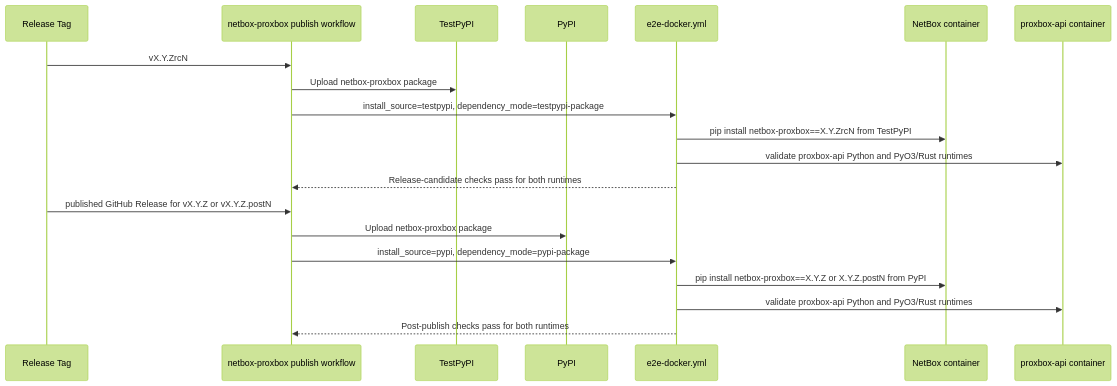
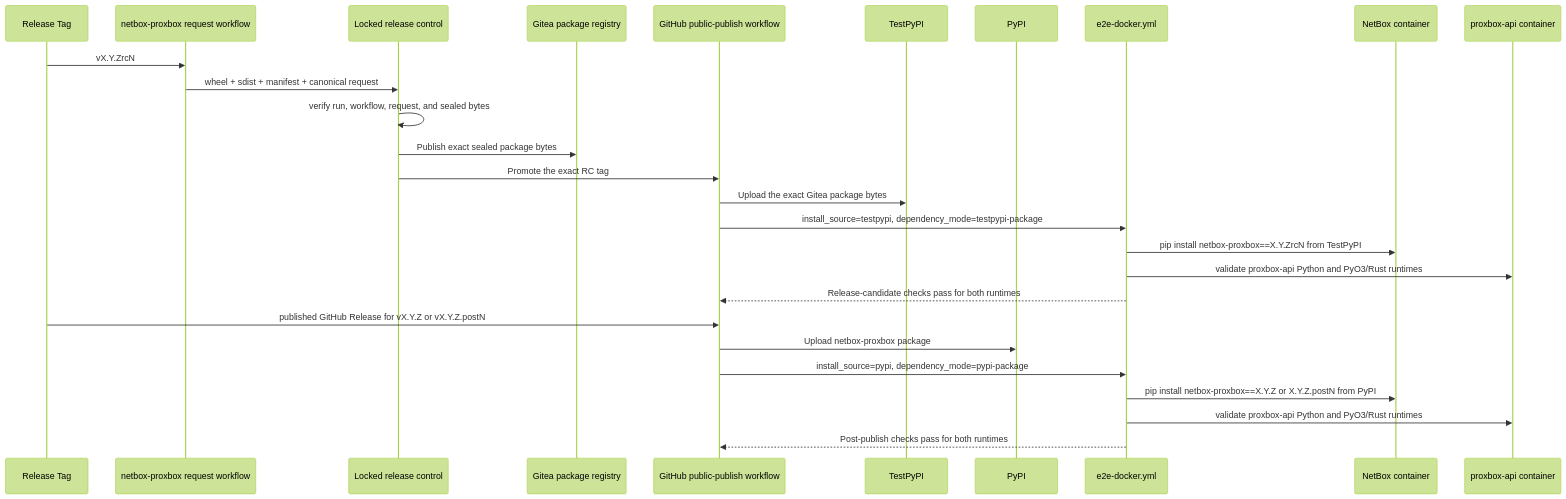
Before and after one commit to emersonfelipesp/netbox-proxbox: the second of 2 diagrams in docs/developer/release-publishing.md, drawn with Mermaid (forest theme). The commit also changed other lines of this file and 8 other files, not shown here.

Commit message:
Route release publication through locked control plane

````diff
--- a/docs/developer/release-publishing.md
+++ b/docs/developer/release-publishing.md
@@ -46,24 +47,31 @@
 ```mermaid
 sequenceDiagram
     participant Tag as Release Tag
-    participant WF as netbox-proxbox publish workflow
+    participant WF as netbox-proxbox request workflow
+    participant Control as Locked release control
+    participant GP as Gitea package registry
+    participant PublicWF as GitHub public-publish workflow
     participant TP as TestPyPI
     participant PY as PyPI
     participant E2E as e2e-docker.yml
     participant NB as NetBox container
     participant API as proxbox-api container
 
     Tag->>WF: vX.Y.ZrcN
-    WF->>TP: Upload netbox-proxbox package
-    WF->>E2E: install_source=testpypi, dependency_mode=testpypi-package
+    WF->>Control: wheel + sdist + manifest + canonical request
+    Control->>Control: verify run, workflow, request, and sealed bytes
+    Control->>GP: Publish exact sealed package bytes
+    Control->>PublicWF: Promote the exact RC tag
+    PublicWF->>TP: Upload the exact Gitea package bytes
+    PublicWF->>E2E: install_source=testpypi, dependency_mode=testpypi-package
     E2E->>NB: pip install netbox-proxbox==X.Y.ZrcN from TestPyPI
     E2E->>API: validate proxbox-api Python and PyO3/Rust runtimes
-    E2E-->>WF: Release-candidate checks pass for both runtimes
+    E2E-->>PublicWF: Release-candidate checks pass for both runtimes
 
-    Tag->>WF: published GitHub Release for vX.Y.Z or vX.Y.Z.postN
-    WF->>PY: Upload netbox-proxbox package
-    WF->>E2E: install_source=pypi, dependency_mode=pypi-package
+    Tag->>PublicWF: published GitHub Release for vX.Y.Z or vX.Y.Z.postN
+    PublicWF->>PY: Upload netbox-proxbox package
+    PublicWF->>E2E: install_source=pypi, dependency_mode=pypi-package
     E2E->>NB: pip install netbox-proxbox==X.Y.Z or X.Y.Z.postN from PyPI
     E2E->>API: validate proxbox-api Python and PyO3/Rust runtimes
-    E2E-->>WF: Post-publish checks pass for both runtimes
+    E2E-->>PublicWF: Post-publish checks pass for both runtimes
 ```
````
